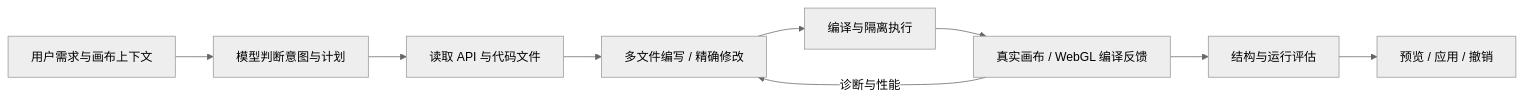
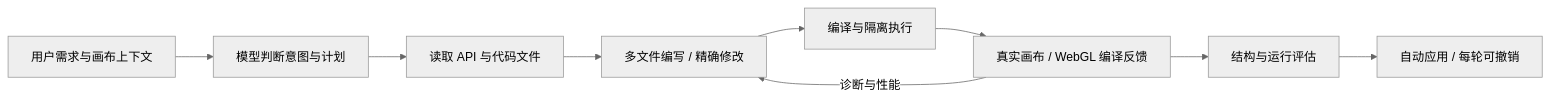
Before and after one commit to yinweinidongle/big-screen-astra: the diagram in docs/frontend-code-agent.md, drawn with Mermaid (neutral theme). The commit also changed other lines of this file and 10 other files, not shown here.

````diff
--- a/docs/frontend-code-agent.md
+++ b/docs/frontend-code-agent.md
@@ -13,11 +15,11 @@
 ```mermaid
 flowchart LR
   A[用户需求与画布上下文] --> B[模型判断意图与计划]
   B --> C[读取 API 与代码文件]
   C --> D[多文件编写 / 精确修改]
   D --> E[编译与隔离执行]
   E --> F[真实画布 / WebGL 编译反馈]
   F -->|诊断与性能| D
   F --> G[结构与运行评估]
-  G --> H[预览 / 应用 / 撤销]
+  G --> H[自动应用 / 每轮可撤销]
 ```
````
